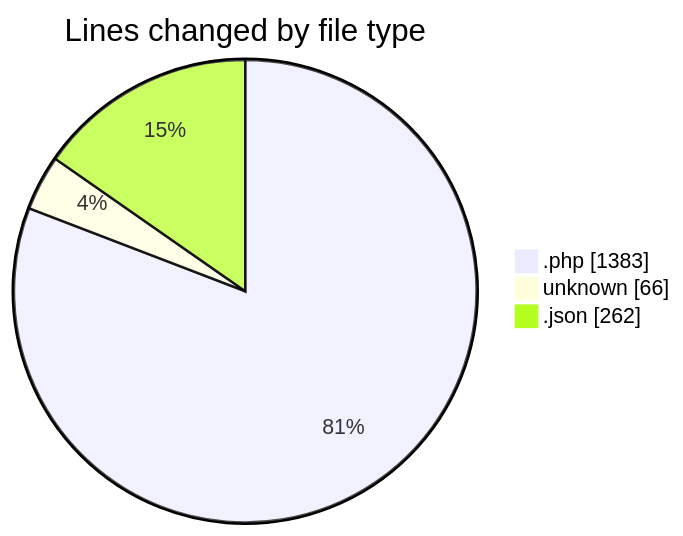
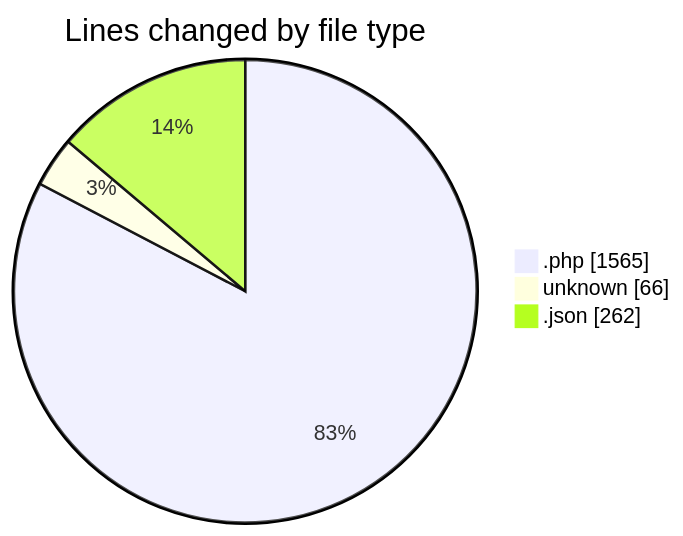
The first of 2 diagrams in 2025-10-05/lapangan-futsal/README.md (idhammustaqopulfikri/code-tracking), drawn with Mermaid before and after one commit. The commit also changed other lines of this file and 1 other file, not shown here.

````diff
--- a/2025-10-05/lapangan-futsal/README.md
+++ b/2025-10-05/lapangan-futsal/README.md
@@ -38,7 +39,7 @@
 ```mermaid
 pie showData
 title Lines changed by file type
-".php" : 1383
+".php" : 1565
 "unknown" : 66
 ".json" : 262
 ```
````
